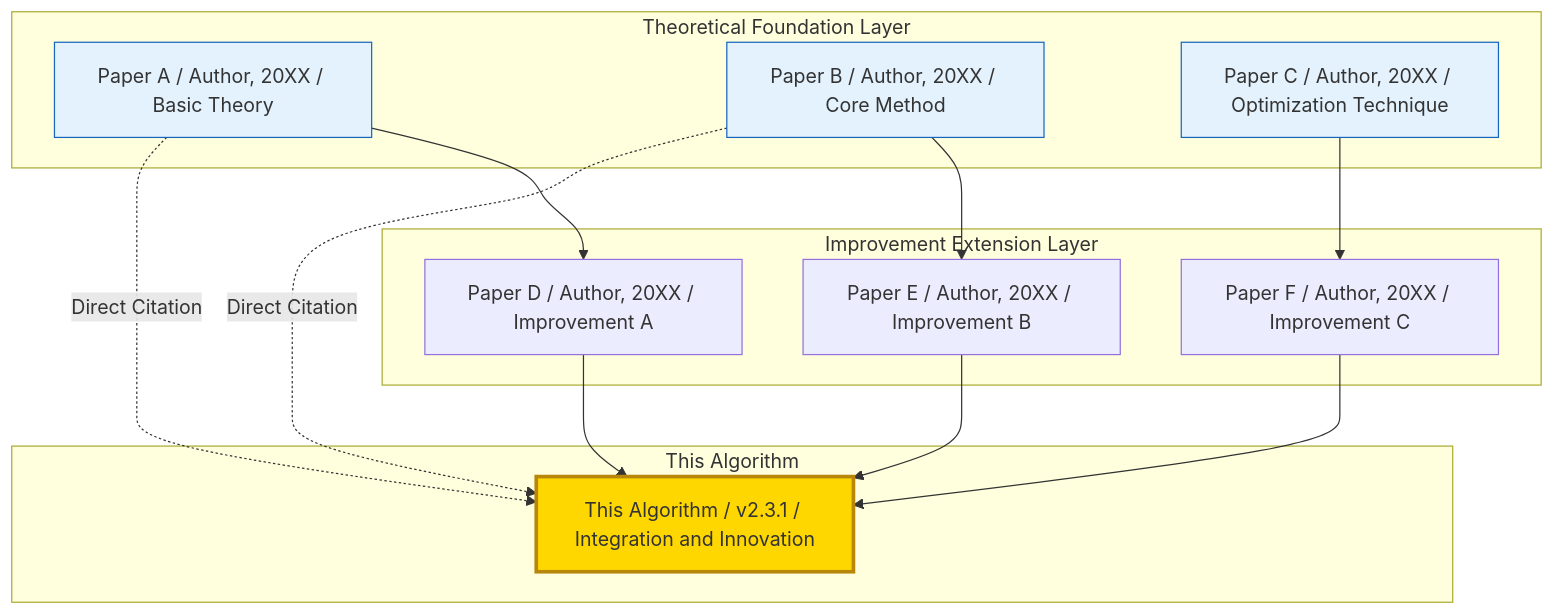
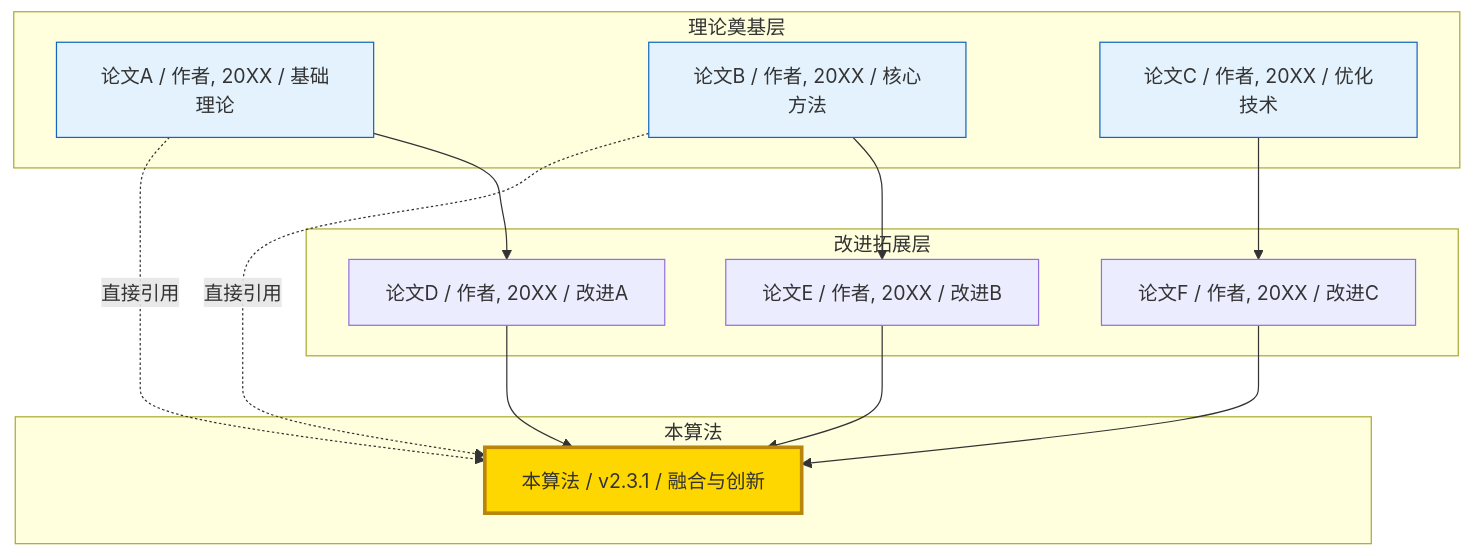
The second of 10 diagrams in templates/Product/Technology/Template-Algorithm.md (Kirky-X/cangjie), drawn with Mermaid before and after one commit. The commit also changed other lines of this file and 33 other files, not shown here.

````diff
--- a/templates/Product/Technology/Template-Algorithm.md
+++ b/templates/Product/Technology/Template-Algorithm.md
@@ -115,33 +115,33 @@
 ```mermaid
 graph TB
-    subgraph Theoretical Foundation Layer
-        P1[Paper A / Author, 20XX / Basic Theory]
-        P2[Paper B / Author, 20XX / Core Method]
-        P3[Paper C / Author, 20XX / Optimization Technique]
+    subgraph 理论奠基层
+        P1[论文A / 作者, 20XX / 基础理论]
+        P2[论文B / 作者, 20XX / 核心方法]
+        P3[论文C / 作者, 20XX / 优化技术]
     end
 
-    subgraph Improvement Extension Layer
-        P4[Paper D / Author, 20XX / Improvement A]
-        P5[Paper E / Author, 20XX / Improvement B]
-        P6[Paper F / Author, 20XX / Improvement C]
+    subgraph 改进拓展层
+        P4[论文D / 作者, 20XX / 改进A]
+        P5[论文E / 作者, 20XX / 改进B]
+        P6[论文F / 作者, 20XX / 改进C]
     end
 
-    subgraph This Algorithm
-        NEW[This Algorithm / v2.3.1 / Integration and Innovation]
+    subgraph 本算法
+        NEW[本算法 / v2.3.1 / 融合与创新]
     end
 
     P1 --> P4
     P2 --> P5
     P3 --> P6
     P4 --> NEW
     P5 --> NEW
     P6 --> NEW
 
-    P1 -.->|Direct Citation| NEW
-    P2 -.->|Direct Citation| NEW
+    P1 -.->|直接引用| NEW
+    P2 -.->|直接引用| NEW
 
     style P1 fill:#e3f2fd,stroke:#1565c0
     style P2 fill:#e3f2fd,stroke:#1565c0
     style P3 fill:#e3f2fd,stroke:#1565c0
     style NEW fill:#ffd700,stroke:#b8860b,stroke-width:3px
 ```
````
